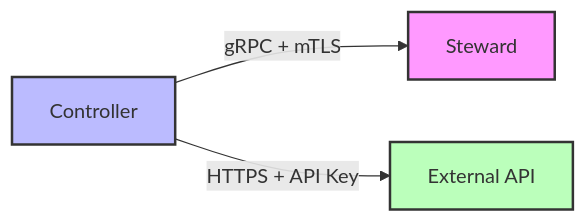
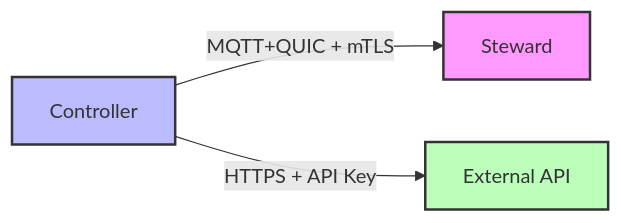
One commit to cfg-is/cfgms changed the second of 5 diagrams in docs/terminology.md. Above: the diagram before and after it, drawn with Mermaid. The commit also changed other lines of this file and 6 other files, not shown here.

````diff
--- a/docs/terminology.md
+++ b/docs/terminology.md
@@ -149,8 +149,8 @@
 ```mermaid
 graph LR
-    C[Controller] -->|gRPC + mTLS| S[Steward]
+    C[Controller] -->|MQTT+QUIC + mTLS| S[Steward]
     C -->|HTTPS + API Key| E[External API]
     style C fill:#bbf,stroke:#333,stroke-width:2px
     style S fill:#f9f,stroke:#333,stroke-width:2px
     style E fill:#bfb,stroke:#333,stroke-width:2px
 ```
````
